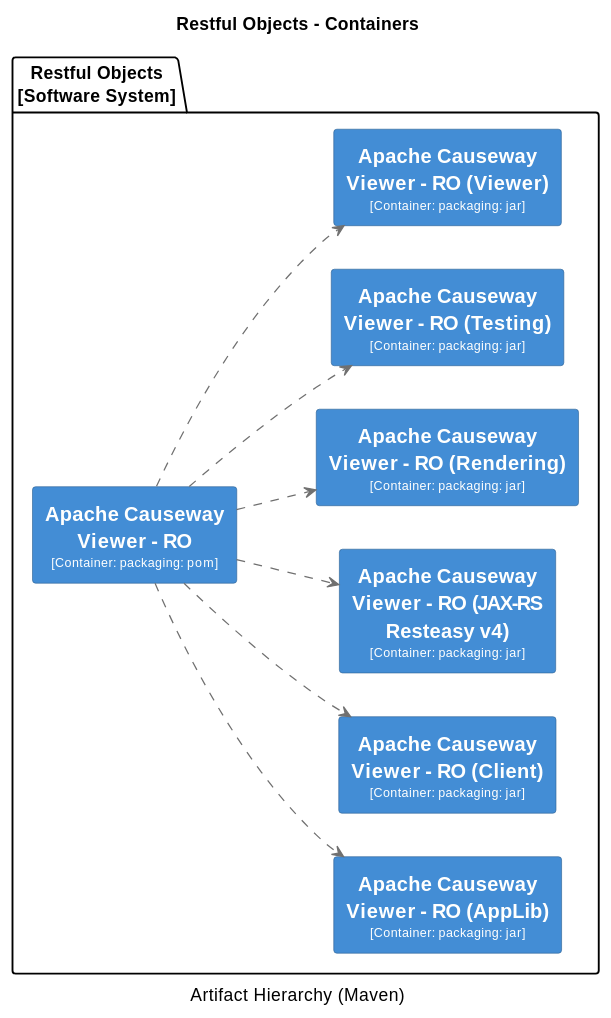
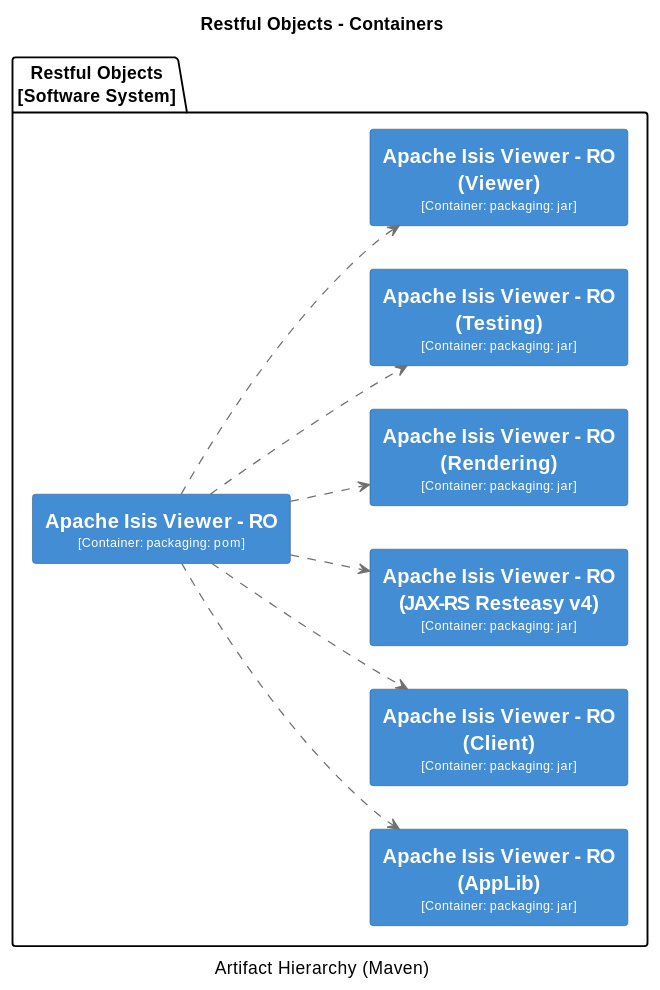
Diagram 16 of 32 in core/adoc/modules/_overview/pages/about.adoc (Supermajestcd/XMP--toolkits), drawn with PlantUML before and after one commit. The commit also changed other lines of this file and 13521 other files, not shown here.

```diff
--- a/core/adoc/modules/_overview/pages/about.adoc
+++ b/core/adoc/modules/_overview/pages/about.adoc
@@ -2627,67 +2867,67 @@
 [plantuml,Restful Objects,svg]
 ----
 @startuml(id=Restful_Objects)
 title Restful Objects - Containers
 caption Artifact Hierarchy (Maven)
 
 skinparam {
   shadowing false
   arrowFontSize 10
   defaultTextAlignment center
   wrapWidth 200
   maxMessageSize 100
 }
 hide stereotype
 left to right direction
 skinparam rectangle<<2>> {
   BackgroundColor #438dd5
   FontColor #fffffe
   BorderColor #2E6295
 }
 skinparam rectangle<<3>> {
   BackgroundColor #438dd5
   FontColor #fffffe
   BorderColor #2E6295
 }
 skinparam rectangle<<4>> {
   BackgroundColor #438dd5
   FontColor #fffffe
   BorderColor #2E6295
 }
 skinparam rectangle<<5>> {
   BackgroundColor #438dd5
   FontColor #fffffe
   BorderColor #2E6295
 }
 skinparam rectangle<<6>> {
   BackgroundColor #438dd5
   FontColor #fffffe
   BorderColor #2E6295
 }
 skinparam rectangle<<7>> {
   BackgroundColor #438dd5
   FontColor #fffffe
   BorderColor #2E6295
 }
 skinparam rectangle<<8>> {
   BackgroundColor #438dd5
   FontColor #fffffe
   BorderColor #2E6295
 }
 package "Restful Objects\n[Software System]" {
-  rectangle "==Apache Causeway Viewer - RO\n<size:10>[Container: packaging: pom]</size>" <<2>> as 2
-  rectangle "==Apache Causeway Viewer - RO (AppLib)\n<size:10>[Container: packaging: jar]</size>" <<3>> as 3
-  rectangle "==Apache Causeway Viewer - RO (Client)\n<size:10>[Container: packaging: jar]</size>" <<4>> as 4
-  rectangle "==Apache Causeway Viewer - RO (JAX-RS Resteasy v4)\n<size:10>[Container: packaging: jar]</size>" <<5>> as 5
-  rectangle "==Apache Causeway Viewer - RO (Rendering)\n<size:10>[Container: packaging: jar]</size>" <<6>> as 6
-  rectangle "==Apache Causeway Viewer - RO (Testing)\n<size:10>[Container: packaging: jar]</size>" <<7>> as 7
-  rectangle "==Apache Causeway Viewer - RO (Viewer)\n<size:10>[Container: packaging: jar]</size>" <<8>> as 8
+  rectangle "==Apache Isis Viewer - RO\n<size:10>[Container: packaging: pom]</size>" <<2>> as 2
+  rectangle "==Apache Isis Viewer - RO (AppLib)\n<size:10>[Container: packaging: jar]</size>" <<3>> as 3
+  rectangle "==Apache Isis Viewer - RO (Client)\n<size:10>[Container: packaging: jar]</size>" <<4>> as 4
+  rectangle "==Apache Isis Viewer - RO (JAX-RS Resteasy v4)\n<size:10>[Container: packaging: jar]</size>" <<5>> as 5
+  rectangle "==Apache Isis Viewer - RO (Rendering)\n<size:10>[Container: packaging: jar]</size>" <<6>> as 6
+  rectangle "==Apache Isis Viewer - RO (Testing)\n<size:10>[Container: packaging: jar]</size>" <<7>> as 7
+  rectangle "==Apache Isis Viewer - RO (Viewer)\n<size:10>[Container: packaging: jar]</size>" <<8>> as 8
 }
 2 .[#707070].> 3 : ""
 2 .[#707070].> 4 : ""
 2 .[#707070].> 5 : ""
 2 .[#707070].> 6 : ""
 2 .[#707070].> 7 : ""
 2 .[#707070].> 8 : ""
 @enduml
 ----
```
